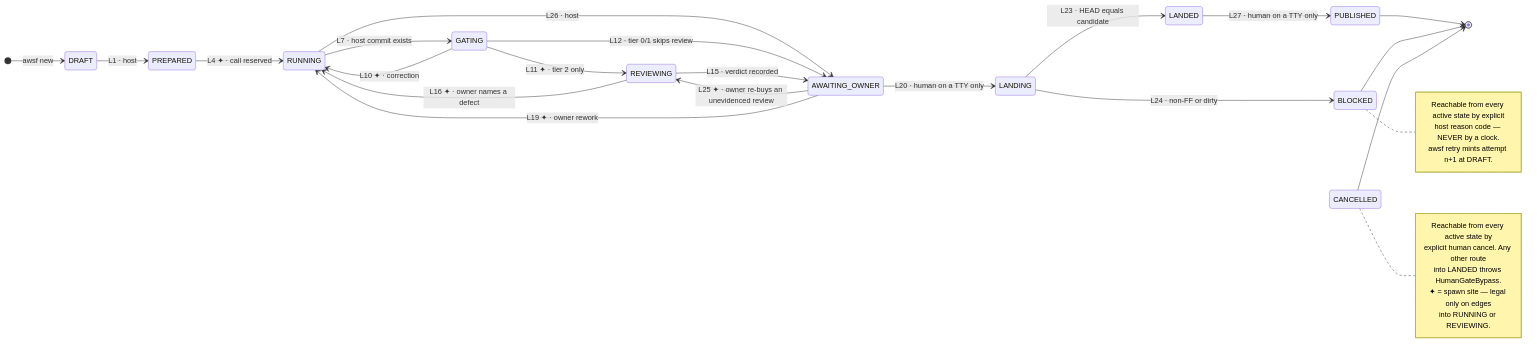
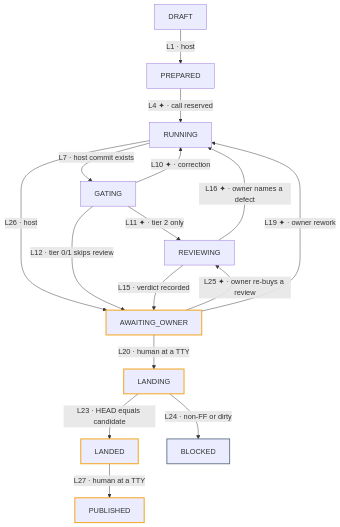
The second of 2 diagrams in README.md (santiagoms2404/agentic-workflow-software-factory), drawn with Mermaid before and after one commit. The commit also changed other lines of this file and 1 other file, not shown here.

First paragraph of the commit message:
ci: run lint, typecheck and all four test layers on every push
Adds .github/workflows/ci.yml. Every claim the README makes about the suite is
now re-checked by GitHub on each push rather than asserted.

````diff
--- a/README.md
+++ b/README.md
@@ -129,36 +131,23 @@
 ```mermaid
-stateDiagram-v2
-  direction LR
-  [*] --> DRAFT : awsf new
-  DRAFT --> PREPARED : L1 · host
-  PREPARED --> RUNNING : L4 ✦ · call reserved
-  RUNNING --> GATING : L7 · host commit exists
-  RUNNING --> AWAITING_OWNER : L26 · host
-  GATING --> RUNNING : L10 ✦ · correction
-  GATING --> REVIEWING : L11 ✦ · tier 2 only
-  GATING --> AWAITING_OWNER : L12 · tier 0/1 skips review
-  REVIEWING --> AWAITING_OWNER : L15 · verdict recorded
-  REVIEWING --> RUNNING : L16 ✦ · owner names a defect
-  AWAITING_OWNER --> REVIEWING : L25 ✦ · owner re-buys an unevidenced review
-  AWAITING_OWNER --> RUNNING : L19 ✦ · owner rework
-  AWAITING_OWNER --> LANDING : L20 · human on a TTY only
-  LANDING --> LANDED : L23 · HEAD equals candidate
-  LANDING --> BLOCKED : L24 · non-FF or dirty
-  LANDED --> PUBLISHED : L27 · human on a TTY only
-  PUBLISHED --> [*]
-  BLOCKED --> [*]
-  CANCELLED --> [*]
+flowchart TD
+  DRAFT --> |"L1 · host"| PREPARED
+  PREPARED --> |"L4 ✦ · call reserved"| RUNNING
+  RUNNING --> |"L7 · host commit exists"| GATING
+  RUNNING --> |"L26 · host"| AWAITING_OWNER
+  GATING --> |"L10 ✦ · correction"| RUNNING
+  GATING --> |"L11 ✦ · tier 2 only"| REVIEWING
+  GATING --> |"L12 · tier 0/1 skips review"| AWAITING_OWNER
+  REVIEWING --> |"L15 · verdict recorded"| AWAITING_OWNER
+  REVIEWING --> |"L16 ✦ · owner names a defect"| RUNNING
+  AWAITING_OWNER --> |"L25 ✦ · owner re-buys a review"| REVIEWING
+  AWAITING_OWNER --> |"L19 ✦ · owner rework"| RUNNING
+  AWAITING_OWNER --> |"L20 · human at a TTY"| LANDING
+  LANDING --> |"L23 · HEAD equals candidate"| LANDED
+  LANDING --> |"L24 · non-FF or dirty"| BLOCKED
+  LANDED --> |"L27 · human at a TTY"| PUBLISHED
 
-  note right of BLOCKED
-    Reachable from every active state by explicit
-    host reason code — NEVER by a clock.
-    awsf retry mints attempt n+1 at DRAFT.
-  end note
-  note right of CANCELLED
-    Reachable from every active state by
-    explicit human cancel. Any other route
-    into LANDED throws HumanGateBypass.
-    ✦ = spawn site — legal only on edges
-    into RUNNING or REVIEWING.
-  end note
+  classDef human stroke:#F59E0B,stroke-width:2px
+  classDef terminal stroke:#64748B,stroke-width:2px
+  class AWAITING_OWNER,LANDING,LANDED,PUBLISHED human
+  class BLOCKED terminal
 ```
````
